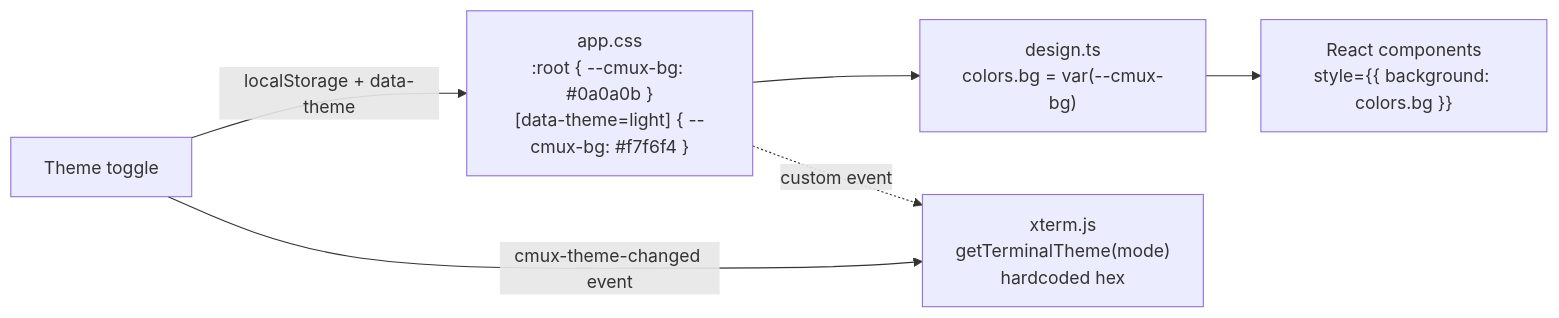
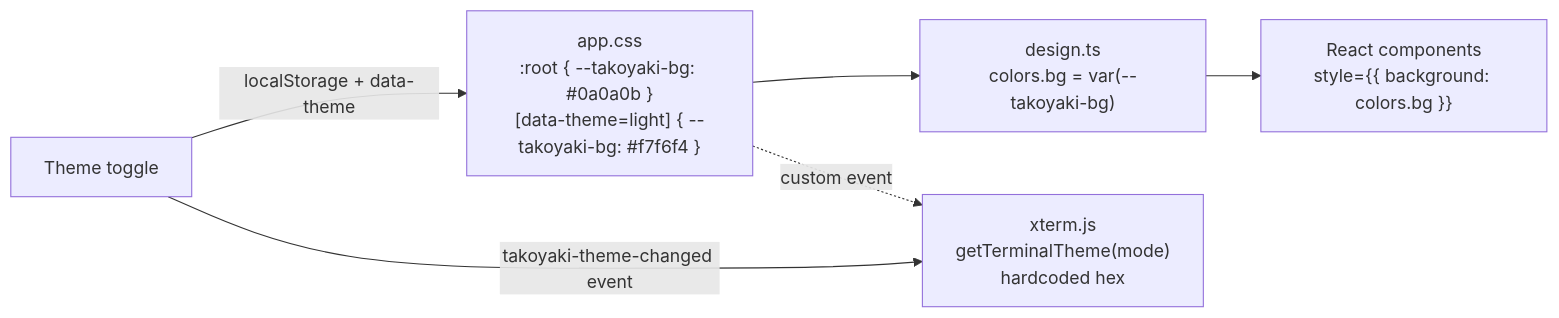
The seventh of 10 diagrams in docs/ARCHITECTURE.md (adikuma/takoyaki), drawn with Mermaid before and after one commit. The commit also changed other lines of this file and 41 other files, not shown here.

````diff
--- a/docs/ARCHITECTURE.md
+++ b/docs/ARCHITECTURE.md
@@ -135,13 +135,13 @@
 ```mermaid
 flowchart LR
-    CSS["app.css<br/>:root { --cmux-bg: #0a0a0b }<br/>[data-theme=light] { --cmux-bg: #f7f6f4 }"]
-    Tokens["design.ts<br/>colors.bg = var(--cmux-bg)"]
+    CSS["app.css<br/>:root { --takoyaki-bg: #0a0a0b }<br/>[data-theme=light] { --takoyaki-bg: #f7f6f4 }"]
+    Tokens["design.ts<br/>colors.bg = var(--takoyaki-bg)"]
     Components["React components<br/>style={{ background: colors.bg }}"]
     XTerm["xterm.js<br/>getTerminalTheme(mode)<br/>hardcoded hex"]
 
     CSS --> Tokens --> Components
     CSS -.->|custom event| XTerm
 
     Toggle["Theme toggle"] -->|localStorage + data-theme| CSS
-    Toggle -->|cmux-theme-changed event| XTerm
+    Toggle -->|takoyaki-theme-changed event| XTerm
 ```
````
